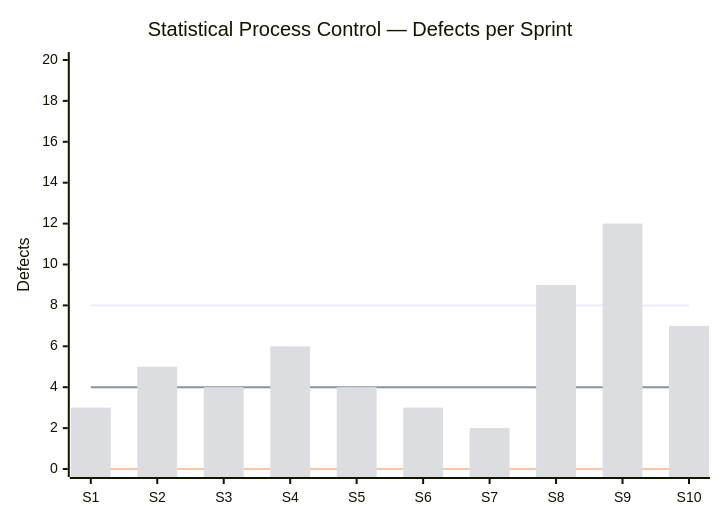
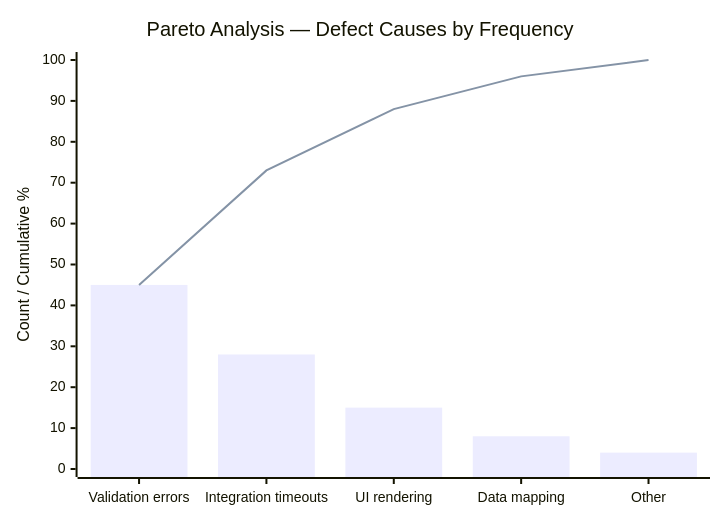
The third of 4 diagrams in modules/12-quality-management.md (UncleJS/course_projectManagement), drawn with Mermaid before and after one commit. The commit also changed other lines of this file and 42 other files, not shown here.

First line of the commit message:
Course review: fix anchors, diagrams, EVM/accuracy, and Meridian canon

````diff
--- a/modules/12-quality-management.md
+++ b/modules/12-quality-management.md
@@ -356,10 +356,8 @@
 ```mermaid
 xychart-beta
-    title "Statistical Process Control — Defects per Sprint"
-    x-axis ["S1", "S2", "S3", "S4", "S5", "S6", "S7", "S8", "S9", "S10"]
-    y-axis "Defects" 0 --> 20
-    line "UCL (8)" [8, 8, 8, 8, 8, 8, 8, 8, 8, 8]
-    line "Mean (4)" [4, 4, 4, 4, 4, 4, 4, 4, 4, 4]
-    line "LCL (0)" [0, 0, 0, 0, 0, 0, 0, 0, 0, 0]
-    bar "Defects" [3, 5, 4, 6, 4, 3, 2, 9, 12, 7]
+    title "Pareto Analysis — Defect Causes by Frequency"
+    x-axis ["Validation errors", "Integration timeouts", "UI rendering", "Data mapping", "Other"]
+    y-axis "Count / Cumulative %" 0 --> 100
+    bar [45, 28, 15, 8, 4]
+    line [45, 73, 88, 96, 100]
 ```
````
